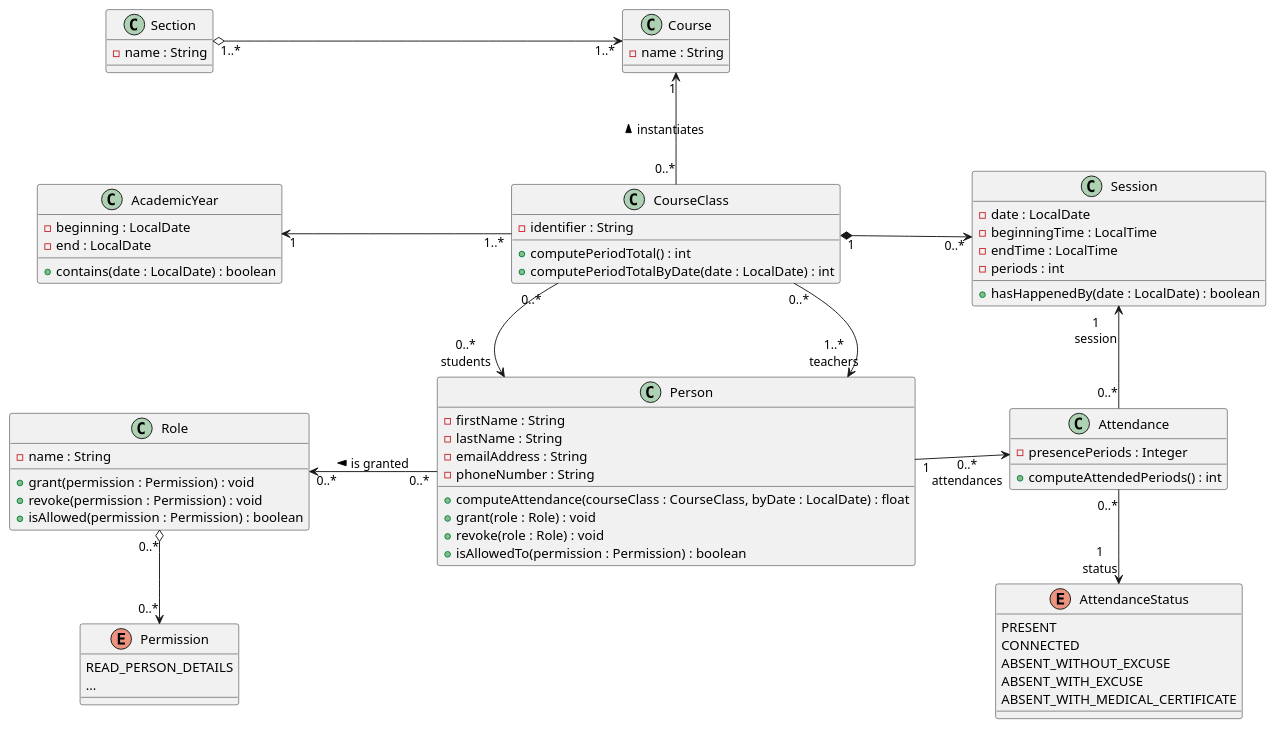
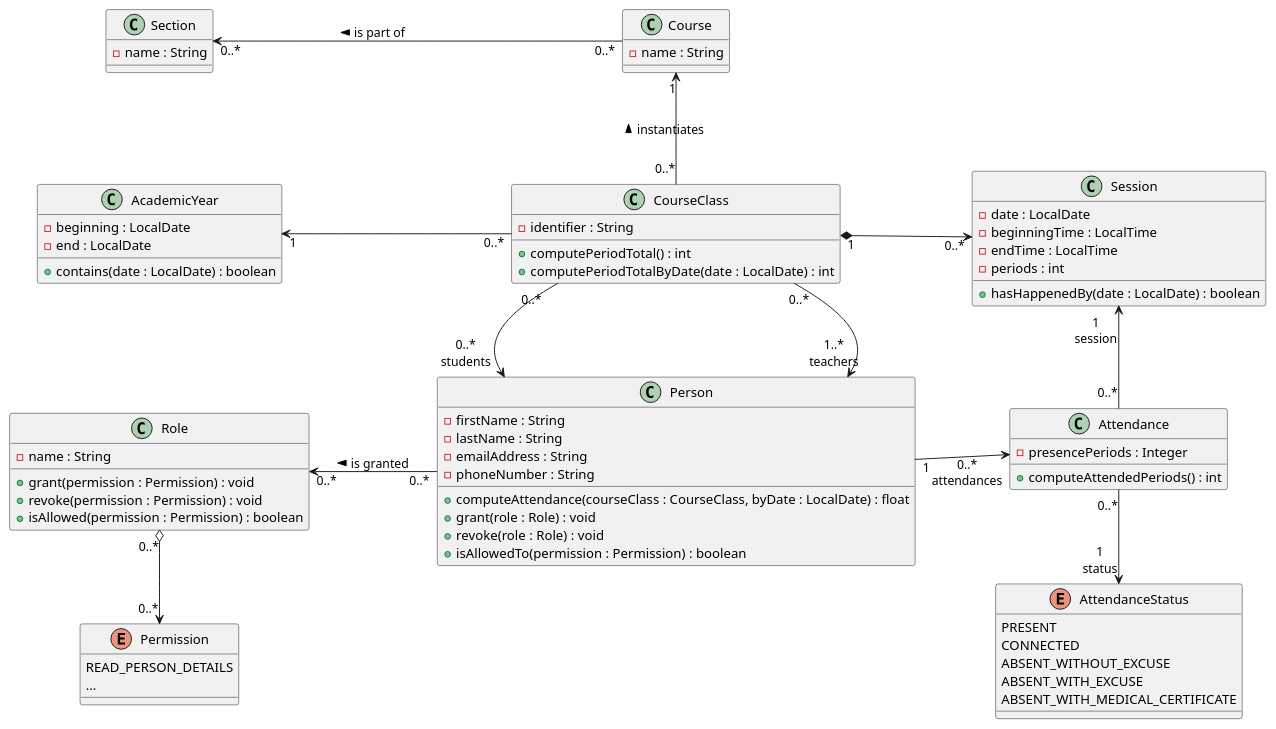
One commit to EAFC-Uccle-PROJINT-A1-2122/backend-projet-froland changed the diagram in demo-course_attendance.puml. Above: the diagram before and after it, drawn with PlantUML.

Commit message:
Adapt UML class diagram.

```diff
--- a/demo-course_attendance.puml
+++ b/demo-course_attendance.puml
@@ -1,71 +1,71 @@
 @startuml conception_classes
 left to right direction
 skinparam nodesep 100
 
 class Section {
   -name : String
 }
 class Course {
   -name : String
 }
 class AcademicYear {
   -beginning : LocalDate
   -end : LocalDate
   +contains(date : LocalDate) : boolean
 }
 enum Permission {
   READ_PERSON_DETAILS
   ...
 }
 class Role {
   -name : String
   +grant(permission : Permission) : void
   +revoke(permission : Permission) : void
   +isAllowed(permission : Permission) : boolean
 }
 class Person {
   -firstName : String
   -lastName : String
   -emailAddress : String
   -phoneNumber : String
   +computeAttendance(courseClass : CourseClass, byDate : LocalDate) : float
   +grant(role : Role) : void
   +revoke(role : Role) : void
   +isAllowedTo(permission : Permission) : boolean
 }
 class Session {
   -date : LocalDate
   -beginningTime : LocalTime
   -endTime : LocalTime
   -periods : int
   +hasHappenedBy(date : LocalDate) : boolean
 }
 class Attendance {
   -presencePeriods : Integer
   +computeAttendedPeriods() : int
 }
 enum AttendanceStatus {
   PRESENT
   CONNECTED
   ABSENT_WITHOUT_EXCUSE
   ABSENT_WITH_EXCUSE
   ABSENT_WITH_MEDICAL_CERTIFICATE
 }
 class CourseClass {
   -identifier : String
   +computePeriodTotal() : int
   +computePeriodTotalByDate(date : LocalDate) : int
 }
 
-Section "1..*" o--> "1..*" Course
+Section "0..*" <-- "0..*" Course : is part of <
 Course "1" <- "0..*" CourseClass : instantiates <
-AcademicYear "1" <-- "1..*" CourseClass
+AcademicYear "1" <-- "0..*" CourseClass
 CourseClass "0..*" -> "1..*\nteachers" Person
 CourseClass "0..*" -> "0..*\nstudents" Person
 CourseClass "1" *--> "0..*" Session
 Role "0..*" <-- "0..*" Person : is granted <
 Role "0..*" o-> "0..*" Permission
 Person "1" --> "0..*\nattendances" Attendance
 Session "1\nsession" <- "0..*" Attendance
 Attendance "0..*" -> "1\nstatus" AttendanceStatus
 @enduml
```
